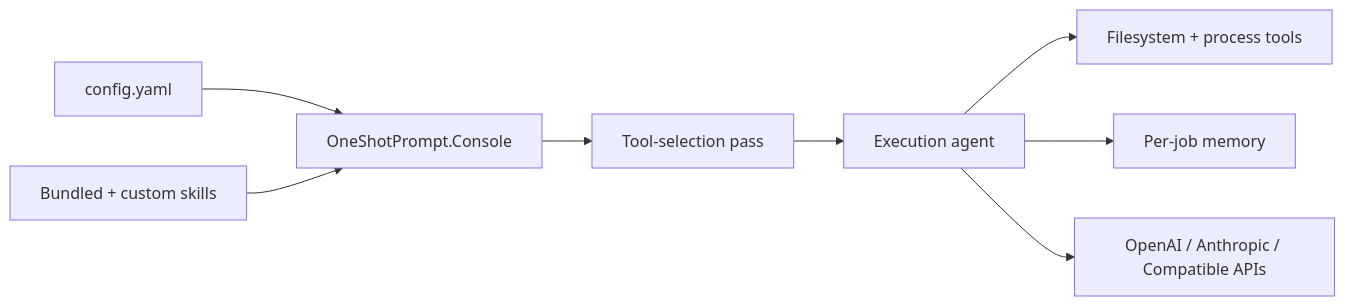
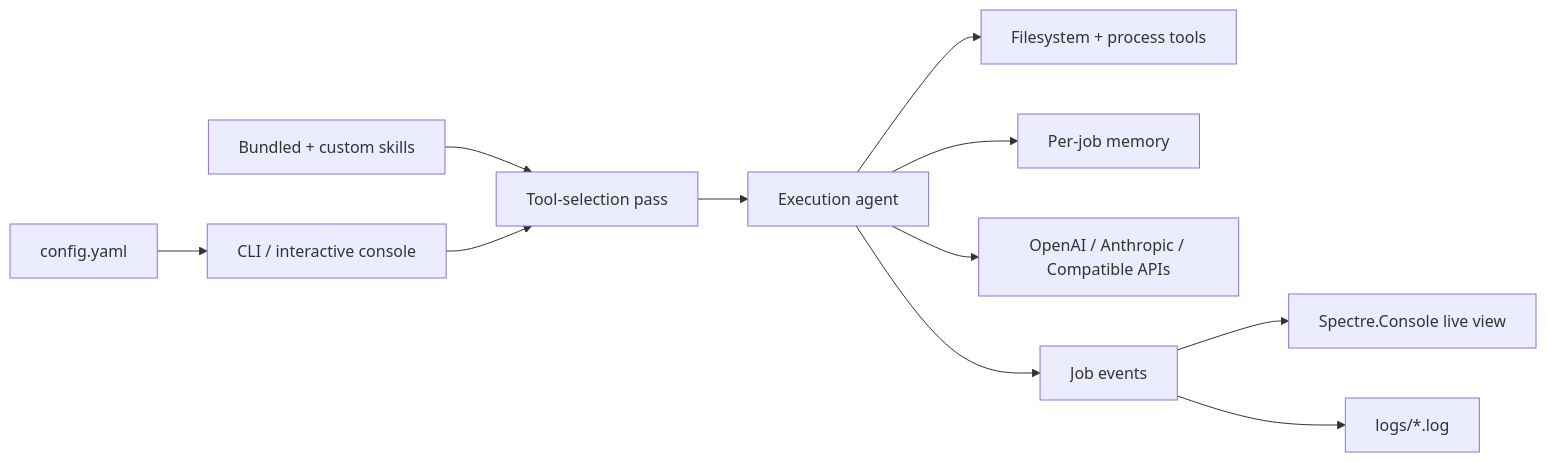
One commit to jihadkhawaja/OneShotPrompt changed the diagram in README.md. Above: the diagram before and after it, drawn with Mermaid. The commit also changed other lines of this file and 25 other files, not shown here.

First line of the commit message:
feat: Add MoveFiles tool for batch file operations and enhance job event logging

````diff
--- a/README.md
+++ b/README.md
@@ -18,10 +20,13 @@
 ```mermaid
 flowchart LR
-	Config["config.yaml"] --> Console["OneShotPrompt.Console"]
-	Skills["Bundled + custom skills"] --> Console
-	Console --> Selector["Tool-selection pass"]
-	Selector --> Agent["Execution agent"]
-	Agent --> Tools["Filesystem + process tools"]
-	Agent --> Memory["Per-job memory"]
-	Agent --> Providers["OpenAI / Anthropic / Compatible APIs"]
+  Config["config.yaml"] --> Console["CLI / interactive console"]
+  Skills["Bundled + custom skills"] --> Selector["Tool-selection pass"]
+  Console --> Selector
+  Selector --> Agent["Execution agent"]
+  Agent --> Tools["Filesystem + process tools"]
+  Agent --> Memory["Per-job memory"]
+  Agent --> Providers["OpenAI / Anthropic / Compatible APIs"]
+  Agent --> Events["Job events"]
+  Events --> Terminal["Spectre.Console live view"]
+  Events --> Logs["logs/*.log"]
 ```
````
